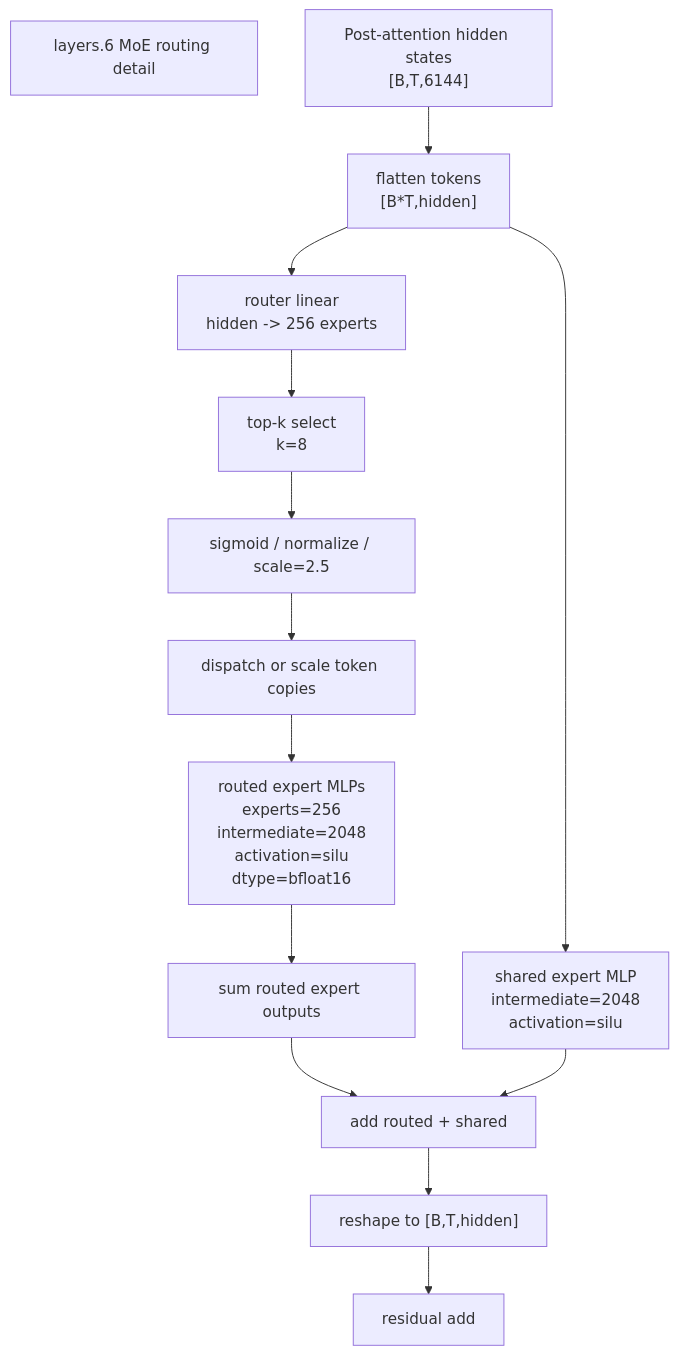
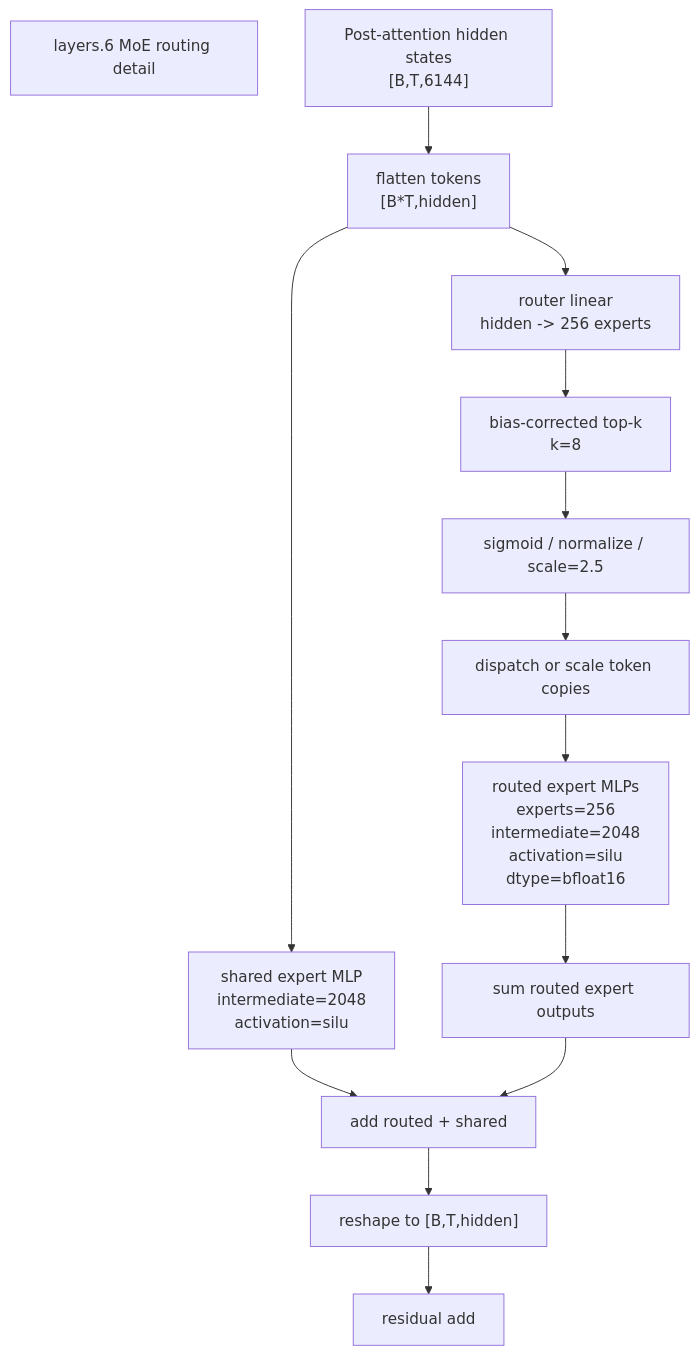
The diagram in outputs/zai-org_GLM-5.2/details/layer_6/moe.mmd (husterZC/LLM-Analyzer), drawn with Mermaid before and after one commit. The commit also changed 87 other files, not shown here.

```diff
--- a/outputs/zai-org_GLM-5.2/details/layer_6/moe.mmd
+++ b/outputs/zai-org_GLM-5.2/details/layer_6/moe.mmd
@@ -1,14 +1,14 @@
 flowchart TD
   title["layers.6 MoE routing detail"]
   x["Post-attention hidden states\n[B,T,6144]"] --> flat["flatten tokens\n[B*T,hidden]"]
   flat --> router["router linear\nhidden -> 256 experts"]
-  router --> topk["top-k select\nk=8"]
+  router --> topk["bias-corrected top-k\nk=8"]
   topk --> score["sigmoid / normalize / scale=2.5"]
   score --> dispatch["dispatch or scale token copies"]
   dispatch --> experts["routed expert MLPs\nexperts=256\nintermediate=2048\nactivation=silu\ndtype=bfloat16"]
   experts --> reduce["sum routed expert outputs"]
   flat --> shared["shared expert MLP\nintermediate=2048\nactivation=silu"]
+  shared --> add
   reduce --> add["add routed + shared"]
-  shared --> add
   add --> output["reshape to [B,T,hidden]"]
   output --> residual["residual add"]
```
